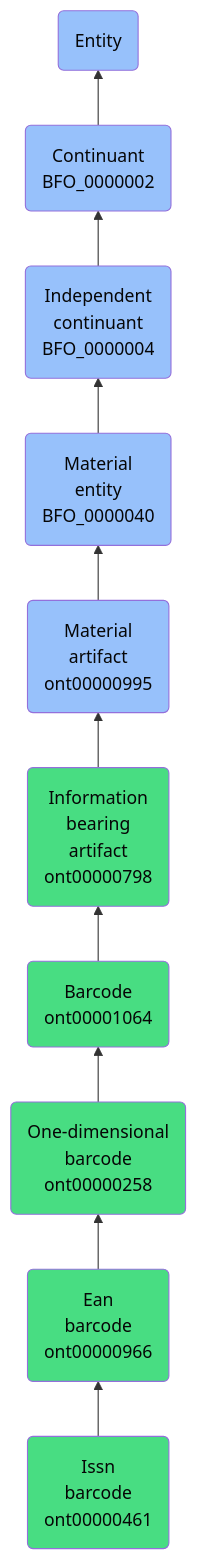
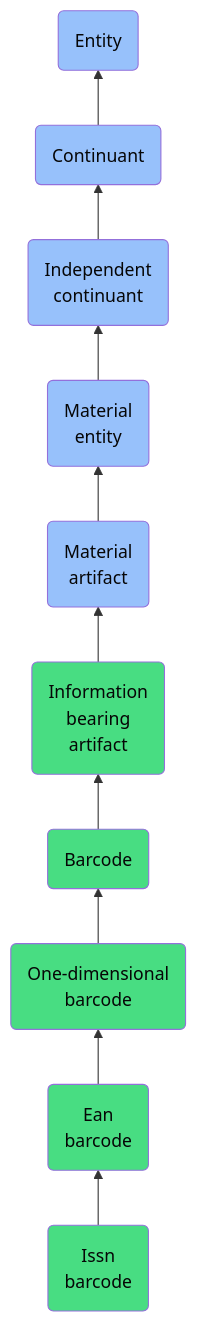
The diagram in docs/ontology/reference/model/Entity/Continuant/Independent continuant/Material entity/Material artifact/Information bearing artifact/Barcode/One-dimensional barcode/Ean barcode/Issn barcode/Issn barcode.md (jupyter-naas/abi), drawn with Mermaid before and after one commit. The commit also changed other lines of this file and 1430 other files, not shown here.

````diff
--- a/docs/ontology/reference/model/Entity/Continuant/Independent continuant/Material entity/Material artifact/Information bearing artifact/Barcode/One-dimensional barcode/Ean barcode/Issn barcode/Issn barcode.md
+++ b/docs/ontology/reference/model/Entity/Continuant/Independent continuant/Material entity/Material artifact/Information bearing artifact/Barcode/One-dimensional barcode/Ean barcode/Issn barcode/Issn barcode.md
@@ -24,17 +24,17 @@
 ```mermaid
 graph BT
-    ont00000461(Issn<br>barcode<br>ont00000461):::ABI-->ont00000966
-    ont00000966(Ean<br>barcode<br>ont00000966):::ABI-->ont00000258
-    ont00000258(One-dimensional<br>barcode<br>ont00000258):::ABI-->ont00001064
-    ont00001064(Barcode<br>ont00001064):::ABI-->ont00000798
-    ont00000798(Information<br>bearing<br>artifact<br>ont00000798):::ABI-->ont00000995
-    ont00000995(Material<br>artifact<br>ont00000995):::BFO-->BFO_0000040
-    BFO_0000040(Material<br>entity<br>BFO_0000040):::BFO-->BFO_0000004
-    BFO_0000004(Independent<br>continuant<br>BFO_0000004):::BFO-->BFO_0000002
-    BFO_0000002(Continuant<br>BFO_0000002):::BFO-->BFO_0000001
+    ont00000461(Issn<br>barcode):::ABI-->ont00000966
+    ont00000966(Ean<br>barcode):::ABI-->ont00000258
+    ont00000258(One-dimensional<br>barcode):::ABI-->ont00001064
+    ont00001064(Barcode):::ABI-->ont00000798
+    ont00000798(Information<br>bearing<br>artifact):::ABI-->ont00000995
+    ont00000995(Material<br>artifact):::BFO-->BFO_0000040
+    BFO_0000040(Material<br>entity):::BFO-->BFO_0000004
+    BFO_0000004(Independent<br>continuant):::BFO-->BFO_0000002
+    BFO_0000002(Continuant):::BFO-->BFO_0000001
     BFO_0000001(Entity):::BFO
     
     classDef BFO fill:#97c1fb,color:#060606
     classDef CCO fill:#e4c51e,color:#060606
     classDef ABI fill:#48DD82,color:#060606
 ```
````
